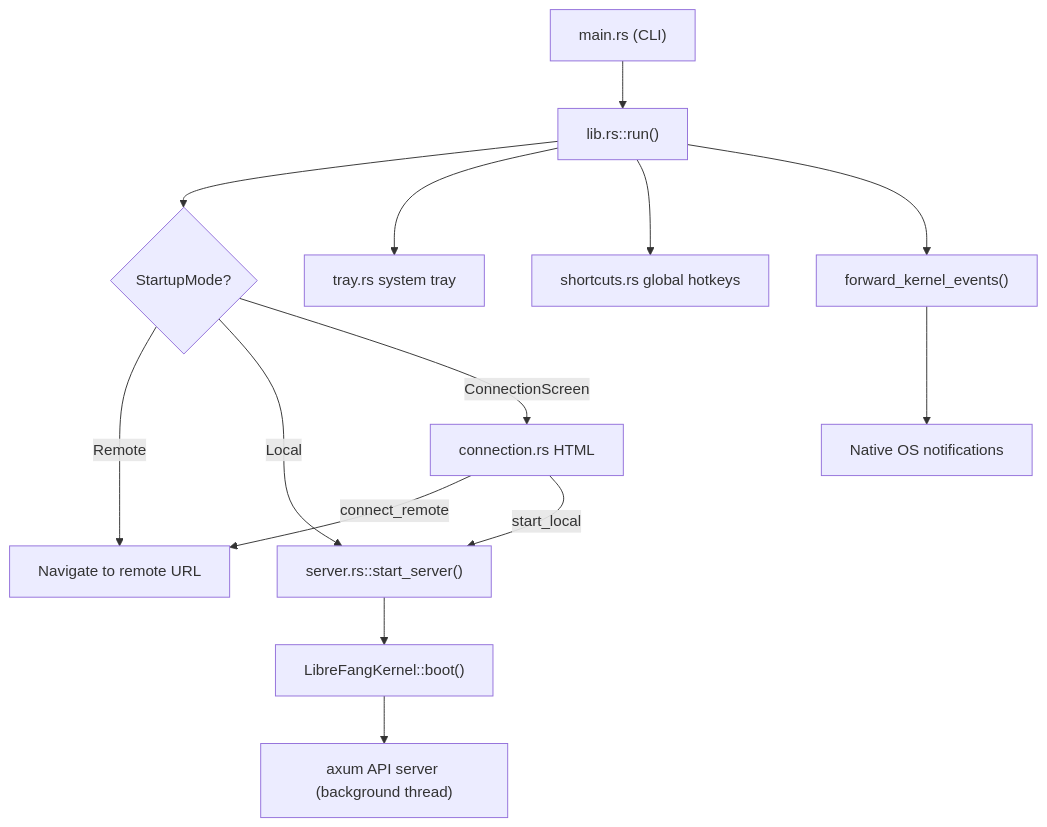
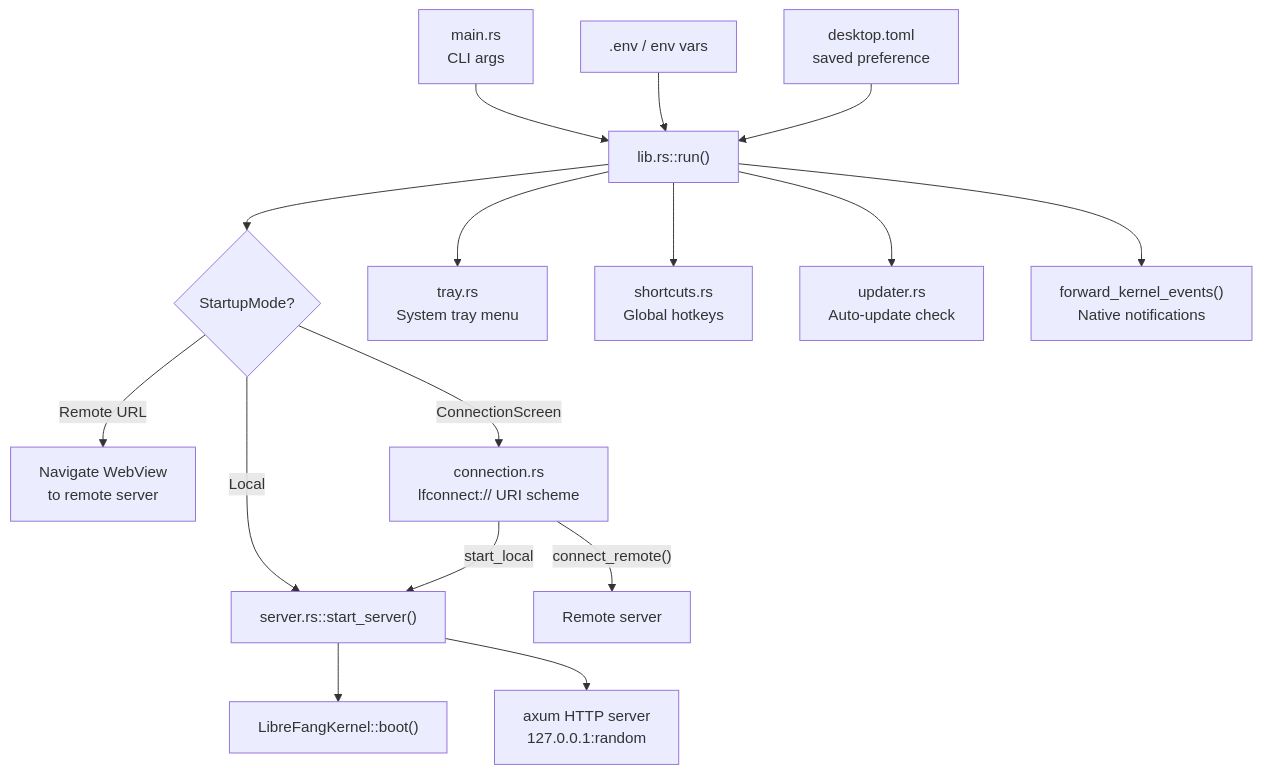
One commit to leszek3737/librefang-WIki changed the diagram in desktop-application.md. Above: the diagram before and after it, drawn with Mermaid. The commit also changed other lines of this file and 100 other files, not shown here.

````diff
--- a/desktop-application.md
+++ b/desktop-application.md
@@ -9,16 +9,22 @@
 ```mermaid
 graph TD
-    CLI["main.rs (CLI)"] --> run["lib.rs::run()"]
-    run --> SM{"StartupMode?"}
-    SM -->|Remote| NAV["Navigate to remote URL"]
-    SM -->|Local| start_server["server.rs::start_server()"]
-    SM -->|ConnectionScreen| CS["connection.rs HTML"]
-    start_server --> KERNEL["LibreFangKernel::boot()"]
-    KERNEL --> AXUM["axum API server (background thread)"]
-    run --> TRAY["tray.rs system tray"]
-    run --> SHORT["shortcuts.rs global hotkeys"]
-    run --> FWD["forward_kernel_events()"]
-    FWD --> NOTIF["Native OS notifications"]
-    CS -->|connect_remote| NAV
-    CS -->|start_local| start_server
+    CLI["main.rs<br/>CLI args"] --> RUN["lib.rs::run()"]
+    ENV[".env / env vars"] --> RUN
+    PREF["desktop.toml<br/>saved preference"] --> RUN
+
+    RUN --> MODE{StartupMode?}
+    MODE -->|Remote URL| NAV["Navigate WebView<br/>to remote server"]
+    MODE -->|Local| SRV["server.rs::start_server()"]
+    MODE -->|ConnectionScreen| CS["connection.rs<br/>lfconnect:// URI scheme"]
+
+    SRV --> KERNEL["LibreFangKernel::boot()"]
+    SRV --> AXUM["axum HTTP server<br/>127.0.0.1:random"]
+
+    RUN --> TRAY["tray.rs<br/>System tray menu"]
+    RUN --> SHORT["shortcuts.rs<br/>Global hotkeys"]
+    RUN --> UPDATER["updater.rs<br/>Auto-update check"]
+    RUN --> EVENTS["forward_kernel_events()<br/>Native notifications"]
+
+    CS -->|"connect_remote()"| REMOTE["Remote server"]
+    CS -->|start_local| SRV
 ```
````
